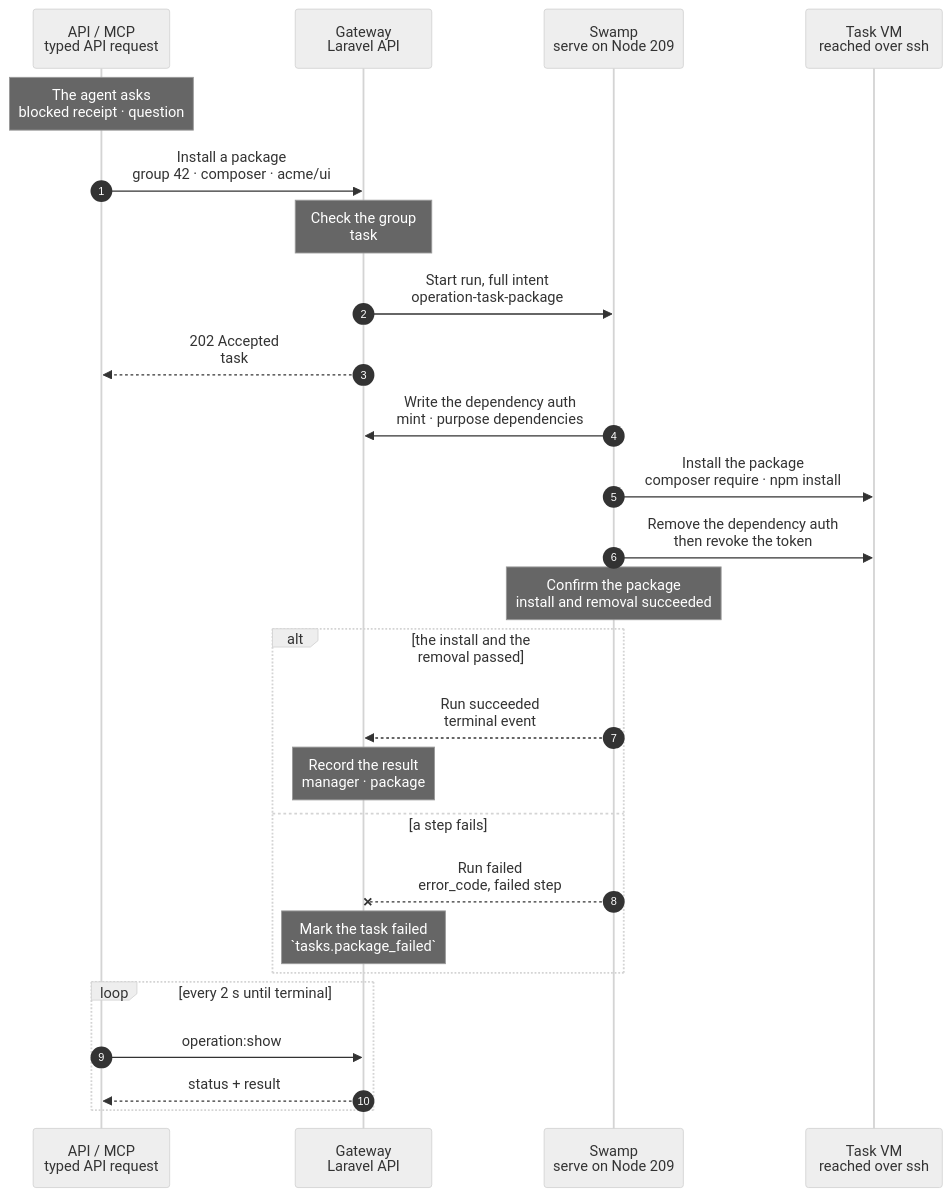
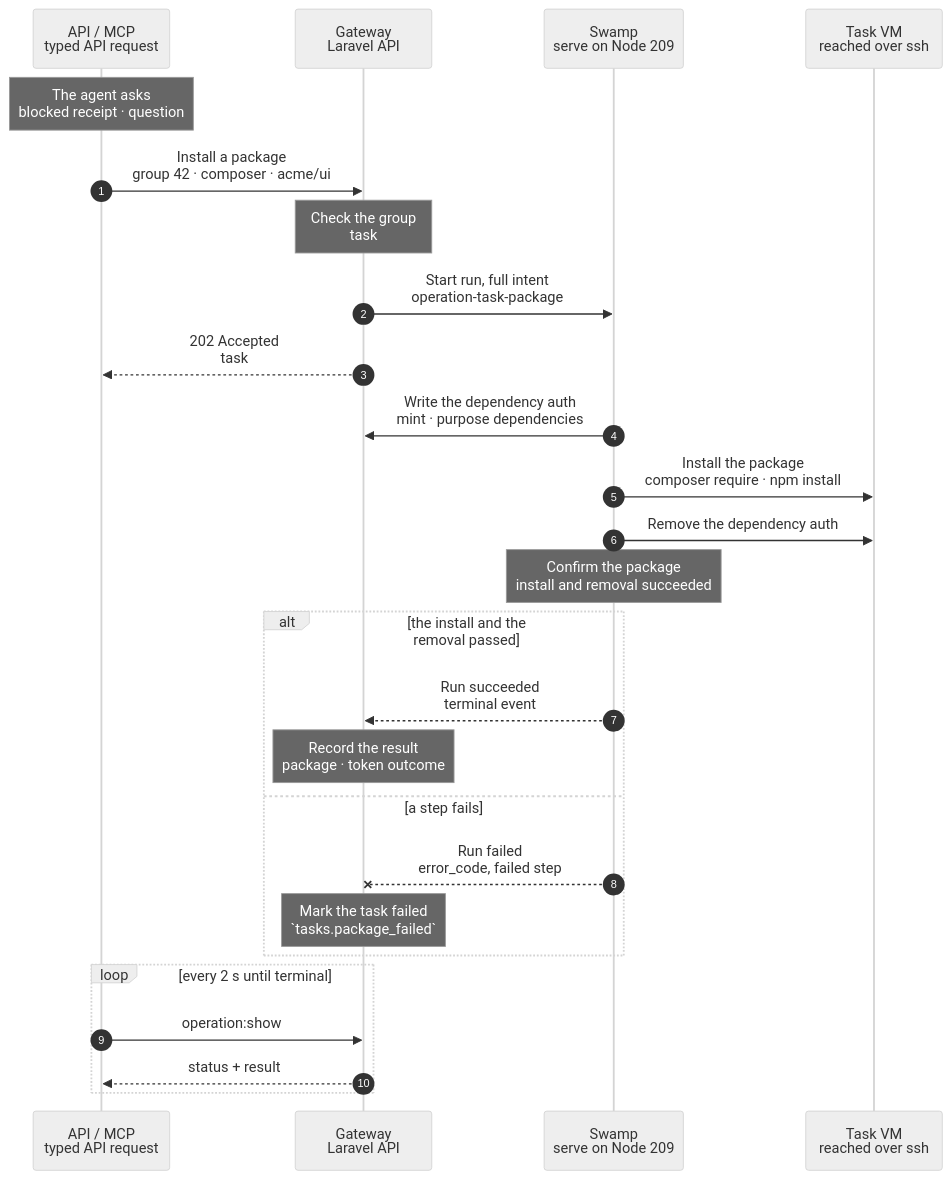
The diagram in docs/cli/tasks/package.mmd (hardimpactdev/orbit), drawn with Mermaid (neutral theme) before and after one commit. The commit also changed 12 other files, not shown here.

First line of the commit message:
Report what became of the setup token: a revoke with nothing to revoke no longer fails (#3044)

```diff
--- a/docs/cli/tasks/package.mmd
+++ b/docs/cli/tasks/package.mmd
@@ -1,66 +1,67 @@
 sequenceDiagram
   %% Target design: Nick 2026-11-06, "a new private package mid-task: the agent asks for it through assistance, and a step installs it". docs/reference/tasks.md#install-a-private-package.
   %% status: migrated
   %% command: none · API / MCP (tasks-package)
   %% kind: tasks.package
   autonumber
   %% lane CLI icon=terminal pill=caller tone=gray
   %% lane GW icon=gateway pill=intent tone=blue
   %% lane SW icon=workflow pill=executes tone=green
   %% lane VM icon=terminal pill=target tone=amber
   participant CLI as API / MCP<br/>typed API request
   participant GW as Gateway<br/>Laravel API
   participant SW as Swamp<br/>serve on Node 209
   participant VM as Task VM<br/>reached over ssh
   Note over CLI: The agent asks<br/>blocked receipt · question
   %%> What it does:
   %%> - the agent of group 42 cannot resolve a private package; it ends its turn `blocked` with the package name as its question
   %%> - the Gateway shows the question as assistance on the subtask; nothing else happens
   %%> Who answers:
   %%> - the orchestrator, which decides that the package may be installed, then sends the request below
   CLI->>GW: Install a package<br/>group 42 · composer · acme/ui
   %%> Command:
   %%> - `POST /api/v1/task-groups/42/package` with `manager` (`composer` or `npm`), `package` and an `Idempotency-Key`
   %%> - syntax: the MCP tool `tasks-package` with `group`, `manager`, `package`
   Note over GW: Check the group<br/>task #5170 · key names
   %%> Requirements:
   %%> - your Node has an access grant to the Gateway
   %%> - group 42 is an open external group with its own task VM workspace
   %%> - the package is a name and an optional version constraint, never an option
   %%> - no other task runs on group 42; the Gateway holds one lock per group
   %%> What it does:
   %%> - records the manager, the package, the SSH target and the vault key names of the dependency configuration; it mints no token
   GW->>SW: Start run, full intent<br/>operation-task-package
   GW-->>CLI: 202 Accepted<br/>task #5170
   %%> Next:
   %%> - the caller follows the task with `operation:show`
   SW->>GW: Write the dependency auth<br/>mint · purpose dependencies
   %%> What it does:
   %%> - the shared child workflow asks the Gateway for a read token (`operation:direct:github-token`), then writes the Composer `auth.json` and the `.npmrc` of the task account on the VM, mode 0600
   %%> - the token is minted for this run only and expires within the hour
   SW->>VM: Install the package<br/>composer require · npm install
   %%> What it does:
   %%> - one official `@swamp/ssh exec` argument list in the checkout: `composer require --no-scripts` or `npm install --ignore-scripts`, with the package after `--`
   %%> - the package manager updates `composer.json` and its lock file, or `package.json` and its lock file, in the workspace; nothing is committed
-  SW->>VM: Remove the dependency auth<br/>then revoke the token
+  SW->>VM: Remove the dependency auth
   %%> When:
   %%> - always, after the install, on success and on failure; a failed removal fails the run
   %%> What it does:
   %%> - the shared child workflow deletes both files, then revokes the token (`DELETE installation/token`) so a command that echoed it holds a dead token
-  %%> - a failed revoke does not fail the run; the token expires within the hour
+  %%> - it reports the outcome as `dependency_token` in the result: `revoked`, `none` (GitHub answered 401) or `unrevoked` with the reason
+  %%> - Decided by the orchestrator, for Nick's review: an `unrevoked` token does not fail the run; the files are gone and the token expires within the hour
   Note over SW: Confirm the package<br/>install and removal succeeded
   alt the install and the removal passed
     SW-->>GW: Run succeeded<br/>terminal event
-    Note over GW: Record the result<br/>manager · package
+    Note over GW: Record the result<br/>package · token outcome
     %%> Result:
-    %%> - task #5170 succeeds; the orchestrator resolves the assistance, and the agent gets a new turn with the package installed
+    %%> - task #5170 succeeds with `manager`, `package` and `dependency_token`; the orchestrator resolves the assistance, and the agent gets a new turn with the package installed
   else a step fails
     SW--xGW: Run failed<br/>error_code, failed step
     Note over GW: Mark the task failed<br/>`tasks.package_failed`
     %%> Retry:
     %%> - a repeat with the same package writes the configuration again; a run cancelled before the removal leaves the files until the token expires or `tasks:cancel` removes the VM
   end
   loop every 2 s until terminal
     CLI->>GW: operation:show #5170
     GW-->>CLI: status + result
   end
```
